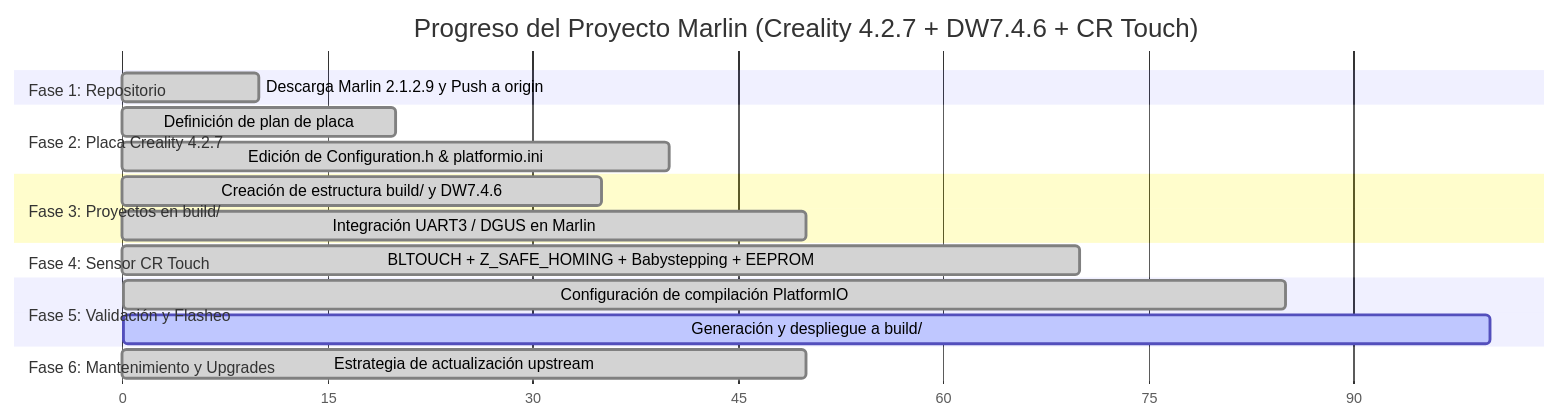
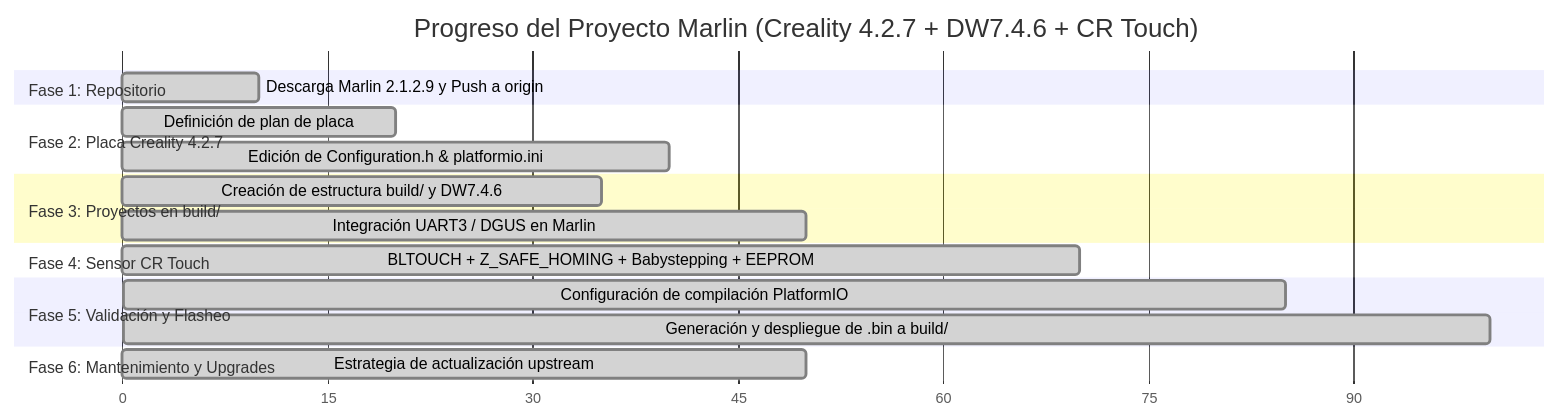
The diagram in PLAN_MAESTRO.md (enav12/Marlin), drawn with Mermaid before and after one commit. The commit also changed other lines of this file and 3 other files, not shown here.

Commit message:
build: generar y desplegar firmware-20261017-182933.bin para Creality v4.2.7

````diff
--- a/PLAN_MAESTRO.md
+++ b/PLAN_MAESTRO.md
@@ -25,21 +26,21 @@
 ```mermaid
 gantt
     title Progreso del Proyecto Marlin (Creality 4.2.7 + DW7.4.6 + CR Touch)
     dateFormat  X
     axisFormat %s
     section Fase 1: Repositorio
     Descarga Marlin 2.1.2.9 y Push a origin        :done, 0, 10
     section Fase 2: Placa Creality 4.2.7
     Definición de plan de placa                    :done, 10, 20
     Edición de Configuration.h & platformio.ini    :done, 20, 40
     section Fase 3: Proyectos en build/
     Creación de estructura build/ y DW7.4.6        :done, 20, 35
     Integración UART3 / DGUS en Marlin             :done, 35, 50
     section Fase 4: Sensor CR Touch
     BLTOUCH + Z_SAFE_HOMING + Babystepping + EEPROM:done, 50, 70
     section Fase 5: Validación y Flasheo
     Configuración de compilación PlatformIO        :done, 70, 85
-    Generación y despliegue a build/               :active, 85, 100
+    Generación y despliegue de .bin a build/       :done, 85, 100
     section Fase 6: Mantenimiento y Upgrades
     Estrategia de actualización upstream           :done, 30, 50
 ```
````
